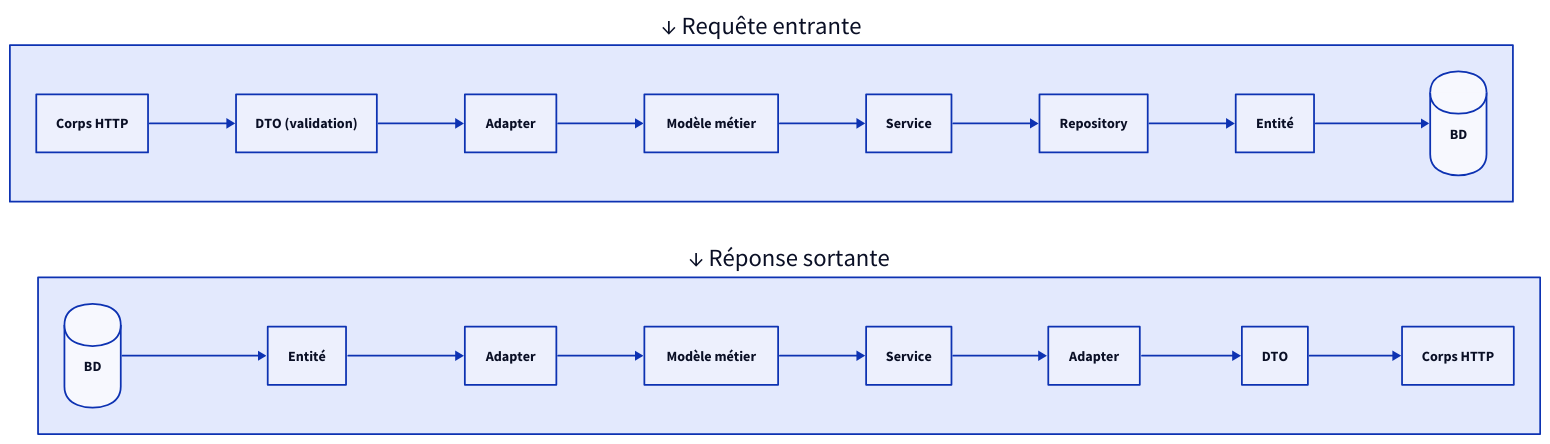
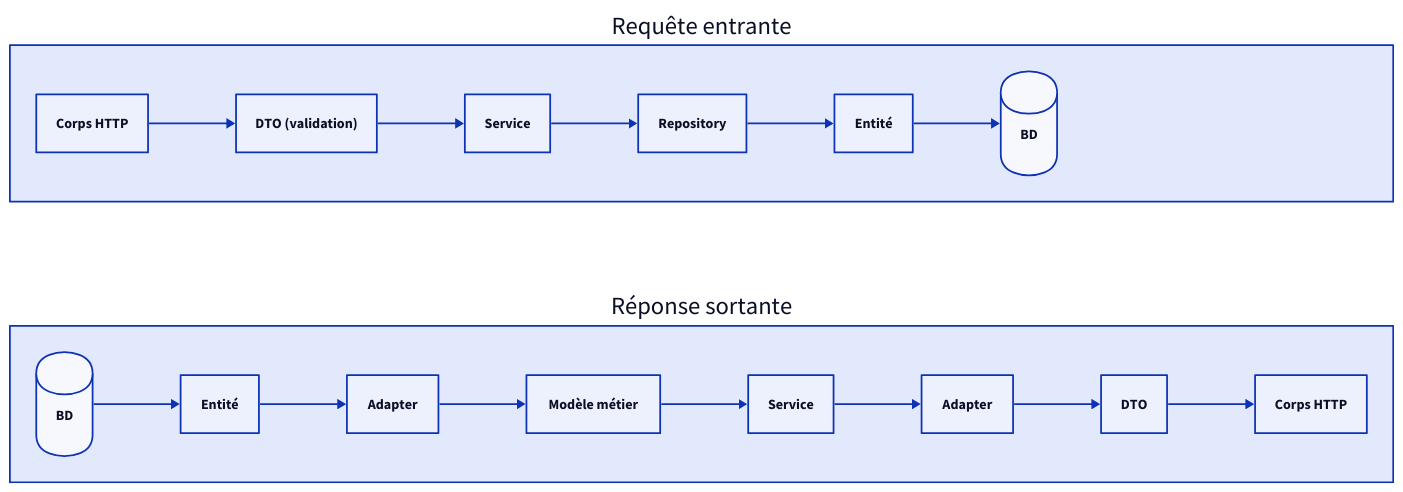
One commit to TomPlanche/first-year-thesis changed the diagram in assets/d2/data_flow_through_layers.d2. Above: the diagram before and after it, drawn with D2. The commit also changed 17 other files, not shown here.

Commit message:
[23] (feat on main) Use SVG for schemas, cleaner front-page

```diff
--- a/assets/d2/data_flow_through_layers.d2
+++ b/assets/d2/data_flow_through_layers.d2
@@ -1,29 +1,28 @@
-direction: right
+grid-columns: 1
+grid-gap: 100
 
-requete: "↓ Requête entrante" {
-  direction: down
+requete: "Requête entrante" {
+  direction: right
   http_in: "Corps HTTP"
   dto: "DTO (validation)"
-  adapter_in: "Adapter"
-  modele_in: "Modèle métier"
   service_in: "Service"
   repository: "Repository"
   entite_in: "Entité"
   bd: "BD" {shape: cylinder}
 
-  http_in -> dto -> adapter_in -> modele_in -> service_in -> repository -> entite_in -> bd
+  http_in -> dto -> service_in -> repository -> entite_in -> bd
 }
 
-reponse: "↓ Réponse sortante" {
-  direction: down
+reponse: "Réponse sortante" {
+  direction: right
   bd2: "BD" {shape: cylinder}
   entite_out: "Entité"
   adapter_out1: "Adapter"
-  modele_out: "Modèle métier"
+  modele_out1: "Modèle métier"
   service_out: "Service"
   adapter_out2: "Adapter"
   dto_out: "DTO"
   http_out: "Corps HTTP"
 
-  bd2 -> entite_out -> adapter_out1 -> modele_out -> service_out -> adapter_out2 -> dto_out -> http_out
+  bd2 -> entite_out -> adapter_out1 -> modele_out1 -> service_out -> adapter_out2 -> dto_out -> http_out
 }
```
